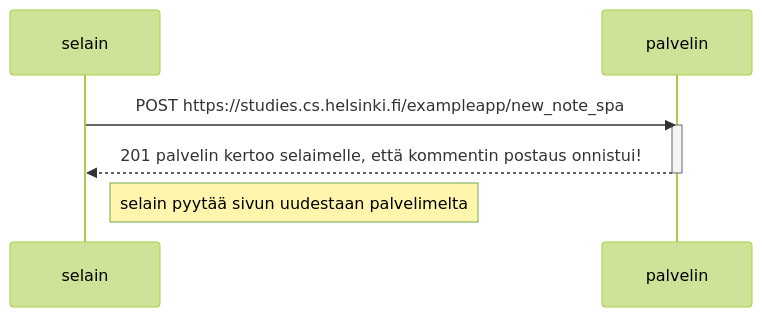
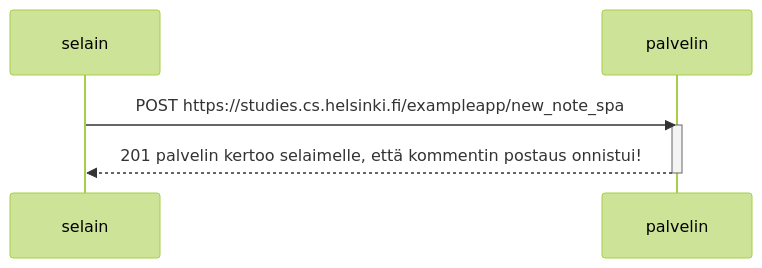
Before and after one commit to oliverhertzberg/fullstack_submissions: the diagram in osa0/0.5.md, drawn with Mermaid (forest theme).

````diff
--- a/osa0/0.5.md
+++ b/osa0/0.5.md
@@ -1,13 +1,11 @@
 ```mermaid
 sequenceDiagram
     participant selain
     participant palvelin
     
     selain->>palvelin: POST https://studies.cs.helsinki.fi/exampleapp/new_note_spa
     activate palvelin
     palvelin-->>selain: 201 palvelin kertoo selaimelle, että kommentin postaus onnistui!
     deactivate palvelin
 
-    Note right of selain: selain pyytää sivun uudestaan palvelimelta
-
 ```
````
